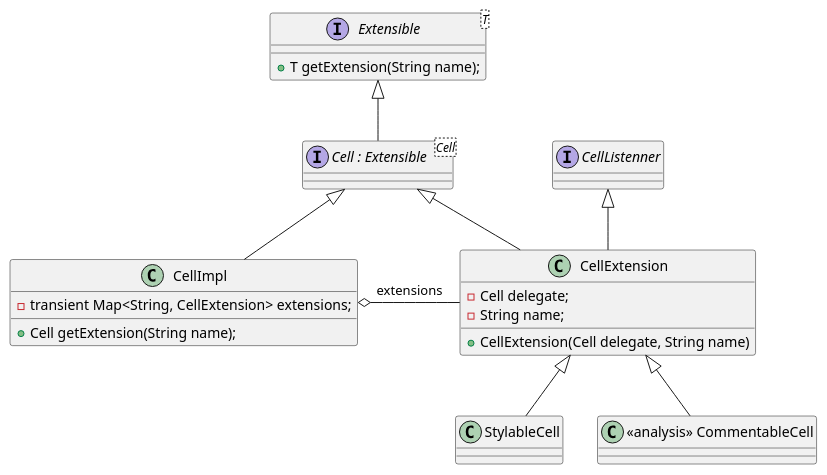
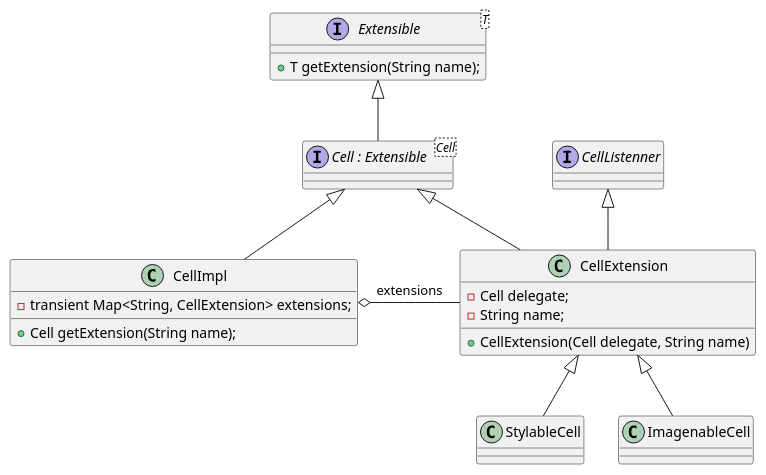
The diagram in src/main/java/lapr4/green/s2/core/n1130626/insertimage/core06_01_cell_delegate.puml (PeFerreira98/ISEP.Lic.LAPR4_2017), drawn with PlantUML before and after one commit. The commit also changed 1 other file, not shown here.

Commit message:
#LAPR4E17DL-162 #comment Analysis done #time 1h

```diff
--- a/src/main/java/lapr4/green/s2/core/n1130626/insertimage/core06_01_cell_delegate.puml
+++ b/src/main/java/lapr4/green/s2/core/n1130626/insertimage/core06_01_cell_delegate.puml
@@ -1,35 +1,35 @@
 @startuml core06_01_cell_delegate.png
     interface Extensible<T> {
         +T getExtension(String name);
     }
     interface "Cell : Extensible<Cell>" as Cell {
     }
     class CellImpl {
         -transient Map<String, CellExtension> extensions;
         +Cell getExtension(String name);
     }
     class CellExtension {
 	-Cell delegate;
 	-String name;
         +CellExtension(Cell delegate, String name)
     }
     class StylableCell {
     }
     interface CellListenner {
     }
-    class "<<analysis>> CommentableCell" as CommentableCell {
+    class "ImagenableCell" as ImagenableCell {
     }
 
     Extensible <|-- Cell
 
     Cell <|-- CellExtension
     CellListenner <|-- CellExtension
     CellExtension <|-- StylableCell
 
     Cell <|-- CellImpl
 
     CellImpl o- CellExtension : extensions
 
-    CellExtension <|-- CommentableCell
+    CellExtension <|-- ImagenableCell
 
 @enduml
```
